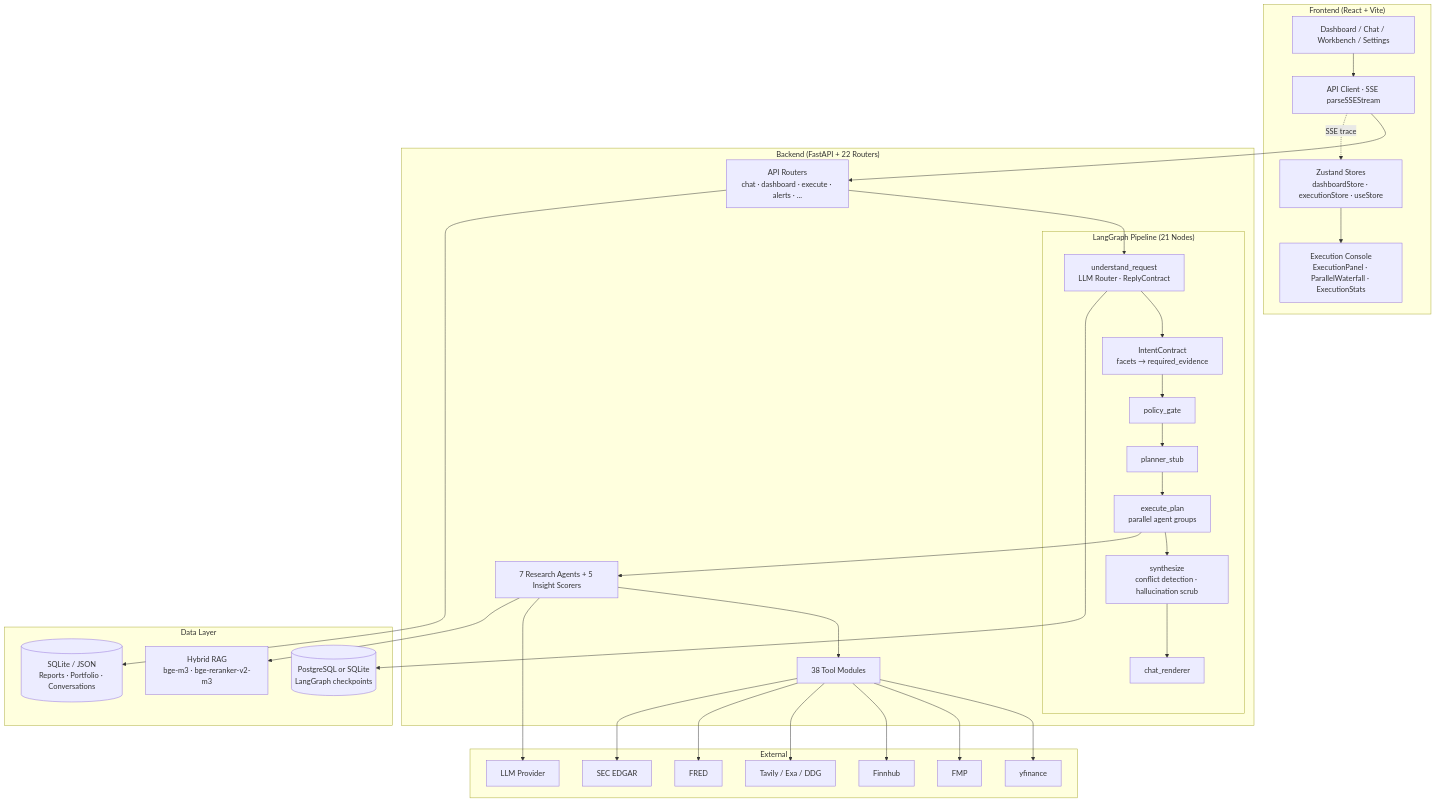
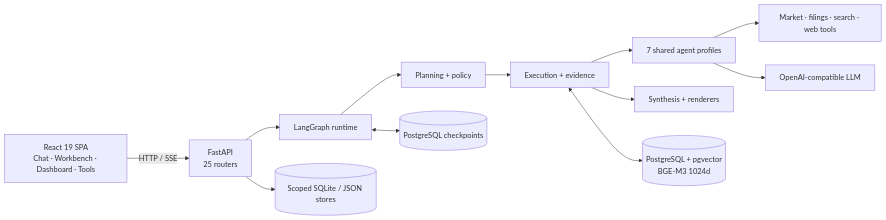
Before and after one commit to kkkano/FinSight: the first of 3 diagrams in README.md, drawn with Mermaid. The commit also changed other lines of this file and 70 other files, not shown here.

Commit message:
docs: align architecture and archive superseded material

````diff
--- a/README.md
+++ b/README.md
@@ -161,46 +43,14 @@
 ```mermaid
-graph TB
-    subgraph "Frontend (React + Vite)"
-        UI[Dashboard / Chat / Workbench / Settings]
-        STORE[Zustand Stores<br/>dashboardStore · executionStore · useStore]
-        CONSOLE[Execution Console<br/>ExecutionPanel · ParallelWaterfall · ExecutionStats]
-        API_CLIENT[API Client · SSE parseSSEStream]
-    end
-
-    subgraph "Backend (FastAPI + 22 Routers)"
-        ROUTER[API Routers<br/>chat · dashboard · execute · alerts · ...]
-        subgraph "LangGraph Pipeline (21 Nodes)"
-            UNDERSTAND[understand_request<br/>LLM Router · ReplyContract]
-            FRAME[IntentContract<br/>facets → required_evidence]
-            POLICY[policy_gate]
-            PLANNER[planner_stub]
-            EXEC[execute_plan<br/>parallel agent groups]
-            SYNTH[synthesize<br/>conflict detection · hallucination scrub]
-            RENDER[chat_renderer]
-        end
-        AGENTS[7 Research Agents + 5 Insight Scorers]
-        TOOLS[38 Tool Modules]
-    end
-
-    subgraph "Data Layer"
-        RAG[Hybrid RAG<br/>bge-m3 · bge-reranker-v2-m3]
-        CHECKPOINT[(PostgreSQL or SQLite<br/>LangGraph checkpoints)]
-        BUSINESS[(SQLite / JSON<br/>Reports · Portfolio · Conversations)]
-    end
-
-    subgraph "External"
-        YFINANCE[yfinance] & FMP[FMP] & FINNHUB[Finnhub]
-        TAVILY[Tavily / Exa / DDG] & FRED[FRED] & SEC[SEC EDGAR]
-        LLM_API[LLM Provider]
-    end
-
-    UI --> API_CLIENT --> ROUTER
-    API_CLIENT -.->|SSE trace| STORE --> CONSOLE
-    ROUTER --> UNDERSTAND --> FRAME --> POLICY --> PLANNER --> EXEC
-    ROUTER --> BUSINESS
-    UNDERSTAND --> CHECKPOINT
-    EXEC --> SYNTH --> RENDER
-    EXEC --> AGENTS --> TOOLS
-    TOOLS --> YFINANCE & FMP & FINNHUB & TAVILY & FRED & SEC
-    AGENTS --> LLM_API & RAG
+flowchart LR
+    UI[React 19 SPA\nChat · Workbench · Dashboard · Tools] -->|HTTP / SSE| API[FastAPI\n25 routers]
+    API --> GRAPH[LangGraph runtime]
+    GRAPH --> POLICY[Planning + policy]
+    POLICY --> EXEC[Execution + evidence]
+    EXEC --> AGENTS[7 shared agent profiles]
+    EXEC --> SYNTH[Synthesis + renderers]
+    AGENTS --> TOOLS[Market · filings · search · web tools]
+    AGENTS --> LLM[OpenAI-compatible LLM]
+    EXEC <--> RAG[(PostgreSQL + pgvector\nBGE-M3 1024d)]
+    GRAPH <--> CP[(PostgreSQL checkpoints)]
+    API --> LEGACY[(Scoped SQLite / JSON stores)]
 ```
````
